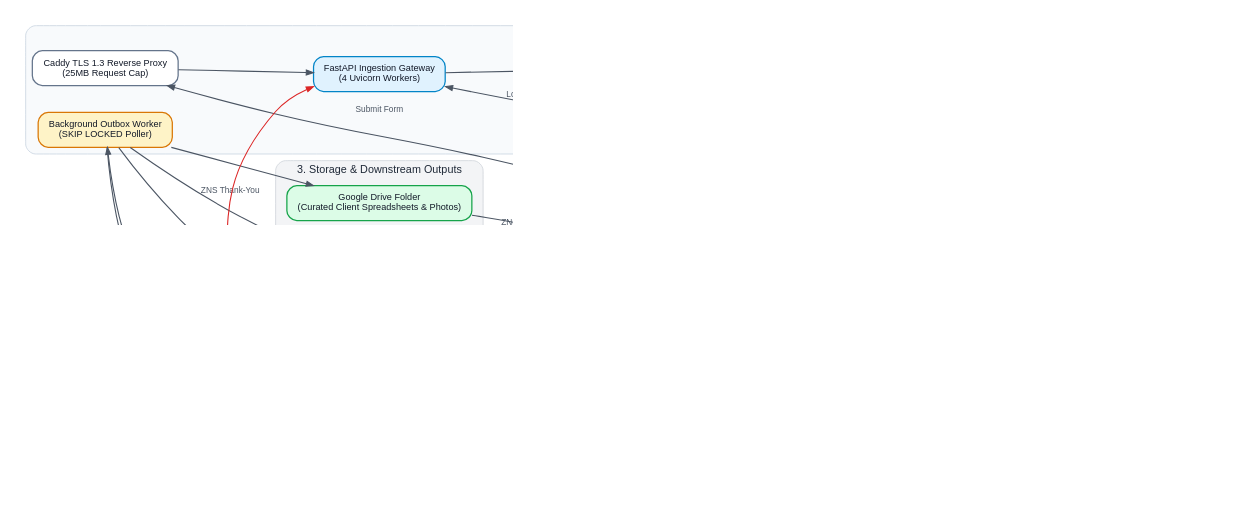
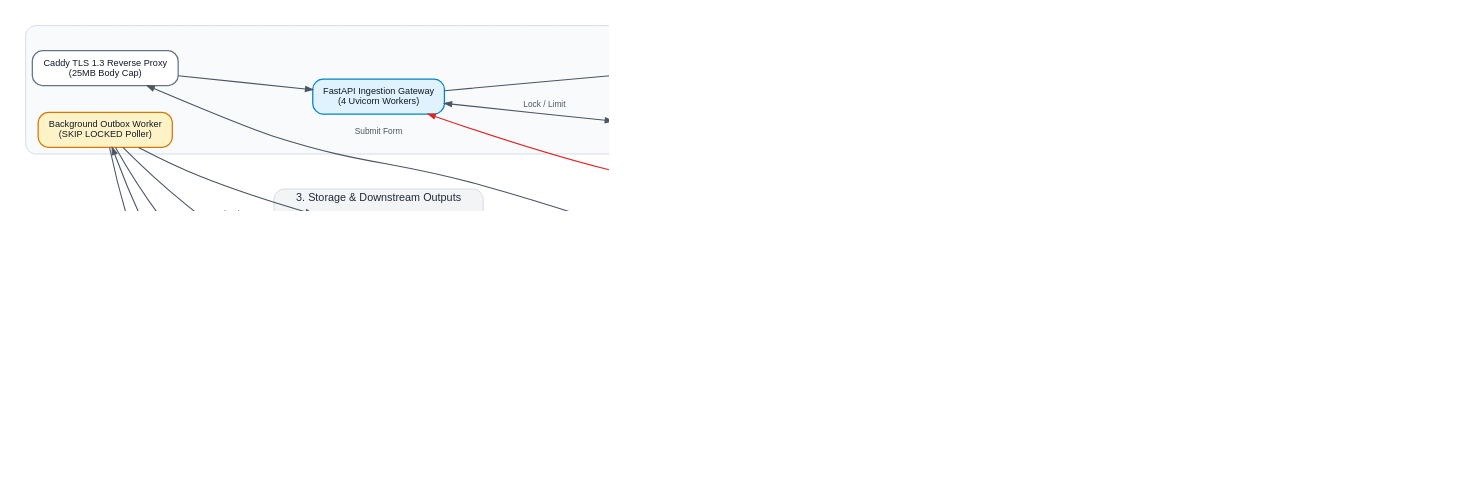
The diagram in docs/charts/01_abstract_overall_flow.dot (btanh3812155/survey-pipeline), drawn with Graphviz before and after one commit. The commit also changed 2 other files, not shown here.

Commit message:
docs: re-render 01_abstract_overall_flow.jpg with group hub and updated downstream outputs

```diff
--- a/docs/charts/01_abstract_overall_flow.dot
+++ b/docs/charts/01_abstract_overall_flow.dot
@@ -1,92 +1,92 @@
 
 digraph G {
     graph [
         rankdir=LR,
         bgcolor="white",
         dpi=180,
         compound=true,
         nodesep=0.45,
         ranksep=0.75,
         fontname="Helvetica, Arial, sans-serif",
         fontsize=13,
         fontcolor="#111827",
         pad="0.3,0.3"
     ];
     node [
         fontname="Helvetica, Arial, sans-serif",
         fontsize=11,
         fontcolor="#111827",
         shape=box,
         style="rounded,filled",
         fillcolor="#f9fafb",
         color="#9ca3af",
         penwidth=1.5,
         margin="0.2,0.12"
     ];
     edge [
         fontname="Helvetica, Arial, sans-serif",
         fontsize=10,
         fontcolor="#4b5563",
         color="#4b5563",
         penwidth=1.3,
         arrowsize=0.85
     ];
 
     subgraph cluster_edge {
         label="1. Edge Tier (Vietnam)";
         style="rounded,filled";
         fillcolor="#f3f4f6";
         color="#d1d5db";
         fontcolor="#1f2937";
         
-        driver [label="Driver on Mobile\n(Lark Form + Private Telegram Bot)", fillcolor="#e0f2fe", color="#0284c7"];
-        staff [label="Management on Company PCs\n(Lark Base Workspace Dashboard)", fillcolor="#ede9fe", color="#7c3aed"];
-        clients [label="Paying Business Clients\n(Google Drive Deliverable Folder)", fillcolor="#fef3c7", color="#d97706"];
+        driver [label="Driver on Mobile\n(Lark Form + Telegram Group)", fillcolor="#e0f2fe", color="#0284c7"];
+        tg_hub [label="Telegram Group Operational Hub\n(Drivers interact with Bot; Admins monitor live)", fillcolor="#e0f2fe", color="#0284c7"];
+        staff [label="Management on Company PCs\n(Lark Base: Admin, QC, Telesales)", fillcolor="#ede9fe", color="#7c3aed"];
+        clients [label="Paying Business Clients\n(Google Drive Customer Folder)", fillcolor="#fef3c7", color="#d97706"];
     }
 
     subgraph cluster_cloud {
         label="2. Cloud Processing Core (Singapore SGP1)";
         style="rounded,filled";
         fillcolor="#f8fafc";
         color="#cbd5e1";
         fontcolor="#1e293b";
 
-        caddy [label="Caddy TLS 1.3 Reverse Proxy\n(25MB Request Cap)", fillcolor="#ffffff", color="#64748b"];
+        caddy [label="Caddy TLS 1.3 Reverse Proxy\n(25MB Body Cap)", fillcolor="#ffffff", color="#64748b"];
         fastapi [label="FastAPI Ingestion Gateway\n(4 Uvicorn Workers)", fillcolor="#e0f2fe", color="#0284c7"];
         redis [label="Redis 7 Cache & Queue\n(Session Locks & 3/8h Appeal Limit)", fillcolor="#fee2e2", color="#dc2626"];
         sanitizer [label="In-Memory Sanitizer\n(EXIF, ELA, Blur, Exposure)", fillcolor="#ffffff", color="#64748b"];
-        dual_ai [label="Dual AI Extraction\nPrimary: DeepSeek Flash\nBackup: Gemini 3.5 (No Reasoning)", fillcolor="#e0e7ff", color="#4338ca"];
-        rules [label="Python Deterministic Rules\n(Immune to Prompt Injection)", fillcolor="#dcfce7", color="#16a34a"];
+        dual_ai [label="Dual AI Vision Extraction\nPrimary: DeepSeek Flash (2.0s)\nBackup: Gemini 3.5 (No Reasoning)", fillcolor="#e0e7ff", color="#4338ca"];
+        rules [label="Python Deterministic Rule Engine\n(Immune to Prompt Injection)", fillcolor="#dcfce7", color="#16a34a"];
         outbox_worker [label="Background Outbox Worker\n(SKIP LOCKED Poller)", fillcolor="#fef3c7", color="#d97706"];
     }
 
     subgraph cluster_storage {
         label="3. Storage & Downstream Outputs";
         style="rounded,filled";
         fillcolor="#f3f4f6";
         color="#d1d5db";
         fontcolor="#1f2937";
 
         postgres [label="PostgreSQL Database\n(survey_submissions + outbox_events)", fillcolor="#e0f2fe", color="#0284c7"];
         r2 [label="Cloudflare R2 Storage\n(Permanent $0 Egress Archive)", fillcolor="#fef3c7", color="#d97706"];
-        gdrive [label="Google Drive Folder\n(Curated Client Spreadsheets & Photos)", fillcolor="#dcfce7", color="#16a34a"];
-        lark_cloud [label="Bytedance Lark Cloud\n(Admin Grid, QC Kanban, Telesales)", fillcolor="#ede9fe", color="#7c3aed"];
-        zns [label="Zalo ZNS Service\n(Thank-You to Driver Phone - No Consent)", fillcolor="#e0f2fe", color="#0284c7"];
-        admin_tg [label="Telegram Admin Mod Group\n(1-Click Moderation Buttons)", fillcolor="#fee2e2", color="#dc2626"];
+        gdrive [label="Google Drive Folder\n(Customer Deliverable Reports & Photos)", fillcolor="#dcfce7", color="#16a34a"];
+        lark_cloud [label="Bytedance Lark Cloud Workspace\n(Admin Grid, QC Kanban, Telesales)", fillcolor="#ede9fe", color="#7c3aed"];
+        zns [label="Zalo ZNS Gateway\n(Official Thank-You to Driver - No Consent)", fillcolor="#e0f2fe", color="#0284c7"];
     }
 
     driver -> caddy [label="Submit Form"];
     caddy -> fastapi;
-    fastapi -> redis [dir=both, label="Lock / Cache"];
+    fastapi -> redis [dir=both, label="Lock / Limit"];
     fastapi -> sanitizer -> dual_ai -> rules;
     rules -> postgres [label="Approved (Atomic Commit)"];
-    rules -> driver [label="Rejected / Retake Deep Link", style=dashed, color="#dc2626"];
-    rules -> admin_tg [label="Appealed (Max 3/8h)", style=dashed, color="#d97706"];
+    rules -> tg_hub [label="Rejection Notice / 1-Click Retake", style=dashed, color="#dc2626"];
+    driver -> tg_hub [label="Interacts / Retakes Photo / Appeals", color="#0284c7"];
+    tg_hub -> fastapi [label="1-Click Admin Moderation / Retake", color="#dc2626"];
     postgres -> outbox_worker [dir=both];
     outbox_worker -> r2;
     outbox_worker -> gdrive -> clients;
     outbox_worker -> lark_cloud;
-    lark_cloud -> staff [dir=both, label="Manage / Review"];
+    lark_cloud -> staff [dir=both, label="Manage / QC / Telesales"];
     outbox_worker -> zns -> driver [label="ZNS Thank-You"];
-    admin_tg -> fastapi [label="1-Click Override", color="#dc2626"];
 }
```
